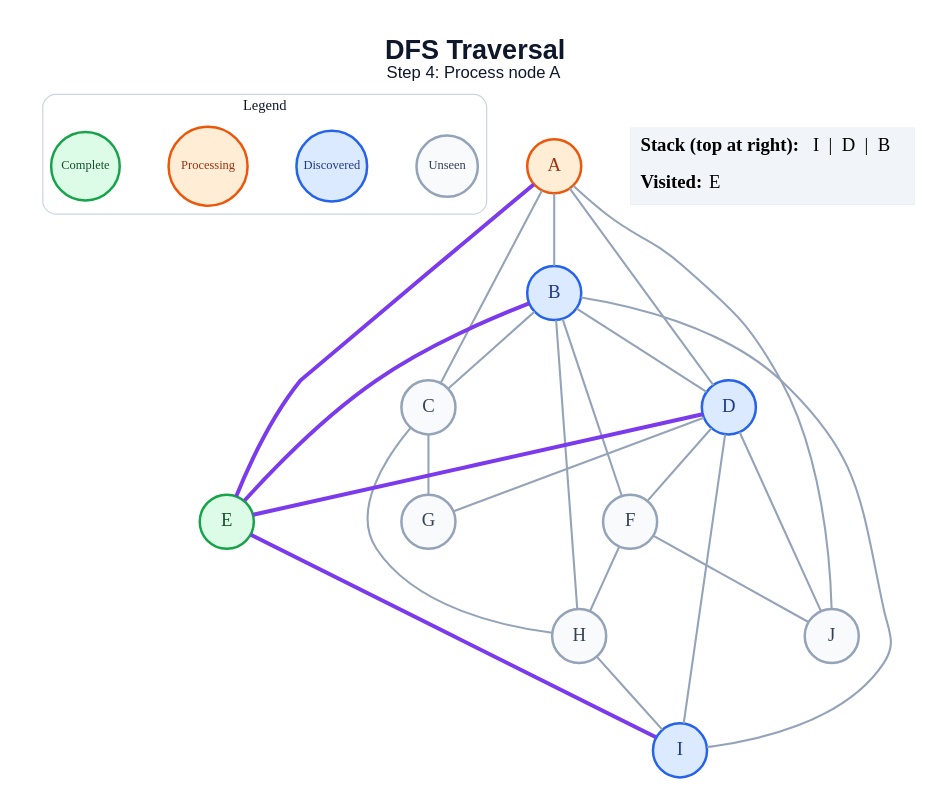
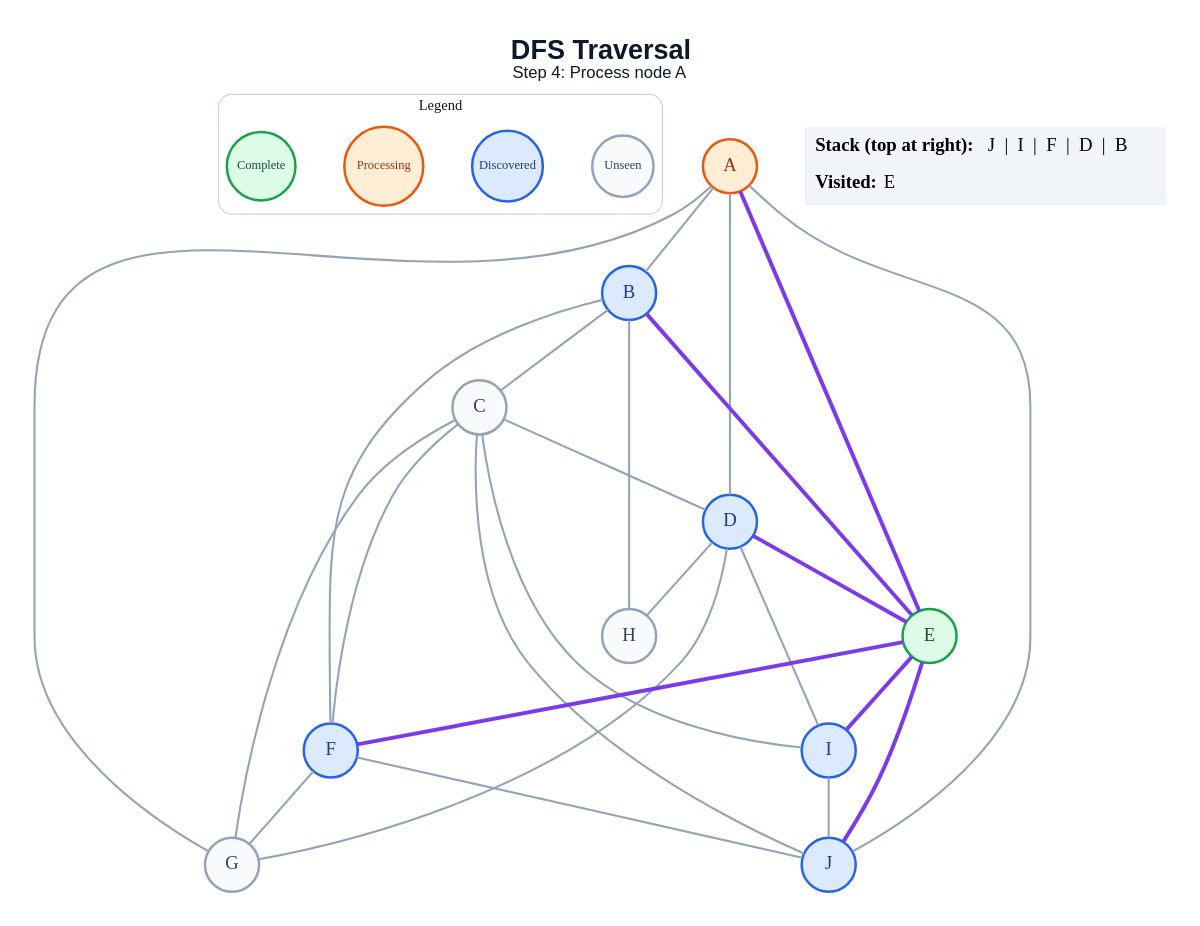
One commit to anon7238593-create/ai-slop changed the diagram in generated/specific-node/dfs/step_04.dot. Above: the diagram before and after it, drawn with Graphviz. The commit also changed 178 other files, not shown here.

```diff
--- a/generated/specific-node/dfs/step_04.dot
+++ b/generated/specific-node/dfs/step_04.dot
@@ -1,51 +1,53 @@
 graph traversal {
   graph [layout=dot, rankdir=TB, bgcolor="#FFFFFF", pad="0.35", nodesep="0.65", ranksep="0.8", fontname="Arial"];
   node [shape=circle, style="filled", fontname="Arial Bold", fontsize=18, width=0.72, fixedsize=true, penwidth=2.4];
   edge [color="#94A3B8", penwidth=2.0];
   label=<<B>DFS Traversal</B><BR/><FONT POINT-SIZE="16">Step 4: Process node A</FONT>>; labelloc="t"; fontsize=26; fontname="Arial"; fontcolor="#0F172A";
   subgraph cluster_legend { label="Legend"; color="#CBD5E1"; penwidth=1.2; style="rounded"; fontsize=14; fontname="Arial Bold";
     key_unseen [label="Unseen", fillcolor="#F8FAFC", color="#94A3B8", fontcolor="#334155", fontsize=12, width=0.82];
     key_frontier [label="Discovered", fillcolor="#DBEAFE", color="#2563EB", fontcolor="#1E3A8A", fontsize=12, width=0.95];
     key_current [label="Processing", fillcolor="#FFEDD5", color="#EA580C", fontcolor="#9A3412", fontsize=12, width=1.05];
     key_done [label="Complete", fillcolor="#DCFCE7", color="#16A34A", fontcolor="#14532D", fontsize=12, width=0.92];
     { rank=same; key_unseen; key_frontier; key_current; key_done; }
   }
   A [fillcolor="#FFEDD5", color="#EA580C", fontcolor="#9A3412"];
   B [fillcolor="#DBEAFE", color="#2563EB", fontcolor="#1E3A8A"];
   C [fillcolor="#F8FAFC", color="#94A3B8", fontcolor="#334155"];
   D [fillcolor="#DBEAFE", color="#2563EB", fontcolor="#1E3A8A"];
   E [fillcolor="#DCFCE7", color="#16A34A", fontcolor="#14532D"];
-  F [fillcolor="#F8FAFC", color="#94A3B8", fontcolor="#334155"];
+  F [fillcolor="#DBEAFE", color="#2563EB", fontcolor="#1E3A8A"];
   G [fillcolor="#F8FAFC", color="#94A3B8", fontcolor="#334155"];
   H [fillcolor="#F8FAFC", color="#94A3B8", fontcolor="#334155"];
   I [fillcolor="#DBEAFE", color="#2563EB", fontcolor="#1E3A8A"];
-  J [fillcolor="#F8FAFC", color="#94A3B8", fontcolor="#334155"];
+  J [fillcolor="#DBEAFE", color="#2563EB", fontcolor="#1E3A8A"];
   A -- B;
-  A -- C;
   A -- D;
   A -- E [color="#7C3AED", penwidth=3.8];
+  A -- G;
   A -- J;
   B -- C;
-  B -- D;
   B -- E [color="#7C3AED", penwidth=3.8];
   B -- F;
   B -- H;
-  B -- I;
+  C -- D;
+  C -- F;
   C -- G;
-  C -- H;
+  C -- I;
+  C -- J;
   D -- E [color="#7C3AED", penwidth=3.8];
-  D -- F;
   D -- G;
+  D -- H;
   D -- I;
-  D -- J;
+  E -- F [color="#7C3AED", penwidth=3.8];
   E -- I [color="#7C3AED", penwidth=3.8];
-  F -- H;
+  E -- J [color="#7C3AED", penwidth=3.8];
+  F -- G;
   F -- J;
-  H -- I;
+  I -- J;
   status [shape=plain, fixedsize=false, width=0, height=0, margin=0, label=<
     <TABLE BORDER="0" CELLBORDER="0" CELLPADDING="7" BGCOLOR="#F1F5F9">
-      <TR><TD ALIGN="LEFT"><B>Stack (top at right):</B> I  |  D  |  B</TD></TR>
+      <TR><TD ALIGN="LEFT"><B>Stack (top at right):</B> J  |  I  |  F  |  D  |  B</TD></TR>
       <TR><TD ALIGN="LEFT"><B>Visited:</B> E</TD></TR>
     </TABLE>
   >];
 }
```
